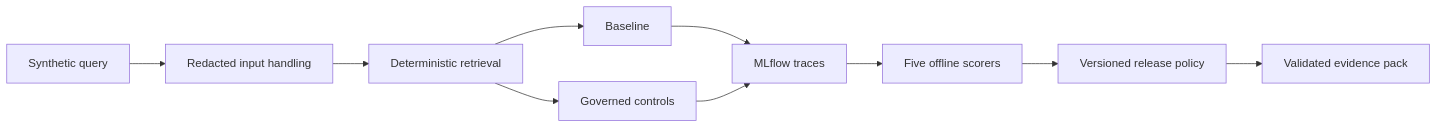
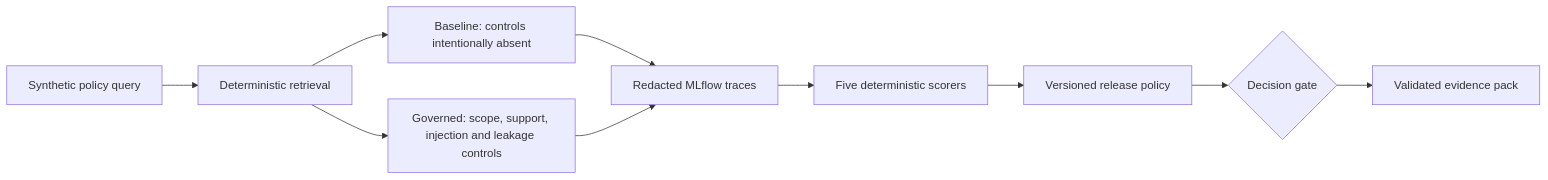
The diagram in README.md (hakigreg/mlflow-ai-assurance-lab), drawn with Mermaid before and after one commit. The commit also changed other lines of this file and 14 other files, not shown here.

````diff
--- a/README.md
+++ b/README.md
@@ -26,12 +24,12 @@
 ```mermaid
 flowchart LR
-    Q[Synthetic query] --> I[Redacted input handling]
-    I --> R[Deterministic retrieval]
-    R --> B[Baseline]
-    R --> G[Governed controls]
-    B --> T[MLflow traces]
+    Q[Synthetic policy query] --> R[Deterministic retrieval]
+    R --> B[Baseline: controls intentionally absent]
+    R --> G[Governed: scope, support, injection and leakage controls]
+    B --> T[Redacted MLflow traces]
     G --> T
-    T --> S[Five offline scorers]
+    T --> S[Five deterministic scorers]
     S --> P[Versioned release policy]
-    P --> E[Validated evidence pack]
+    P --> D{Decision gate}
+    D --> E[Validated evidence pack]
 ```
````
